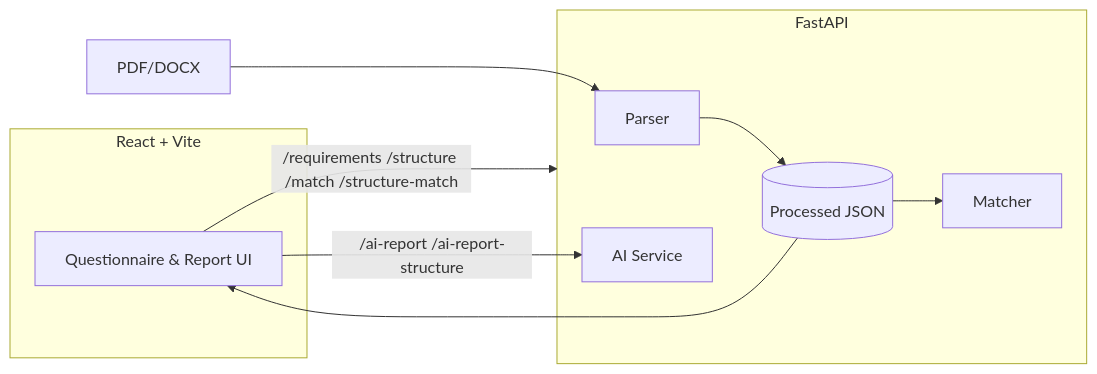
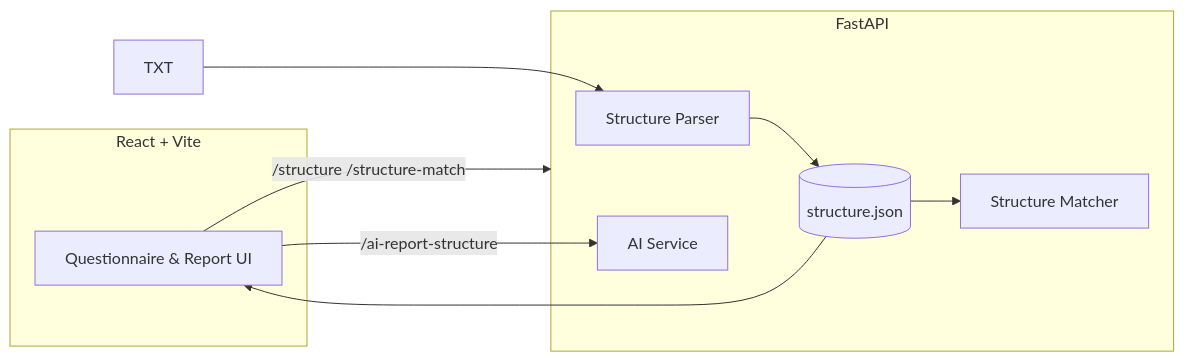
The diagram in README.md (JosefSigron/business_requirements), drawn with Mermaid before and after one commit. The commit also changed other lines of this file and 6 other files, not shown here.

````diff
--- a/README.md
+++ b/README.md
@@ -42,18 +42,18 @@
 ```mermaid
 flowchart LR
   subgraph Frontend [React + Vite]
     UI[Questionnaire & Report UI]
   end
 
   subgraph Backend [FastAPI]
-    P[Parser] --> Data[(Processed JSON)]
-    M[Matcher]
+    P[Structure Parser] --> S[(structure.json)]
+    MA[Structure Matcher]
     AI[AI Service]
   end
 
-  Source[PDF/DOCX] --> P
-  UI -->|/requirements /structure /match /structure-match| Backend
-  UI -->|/ai-report /ai-report-structure| AI
-  Data --> M
-  Data --> UI
+  Source[TXT] --> P
+  UI -->|/structure /structure-match| Backend
+  UI -->|/ai-report-structure| AI
+  S --> MA
+  S --> UI
 ```
````
